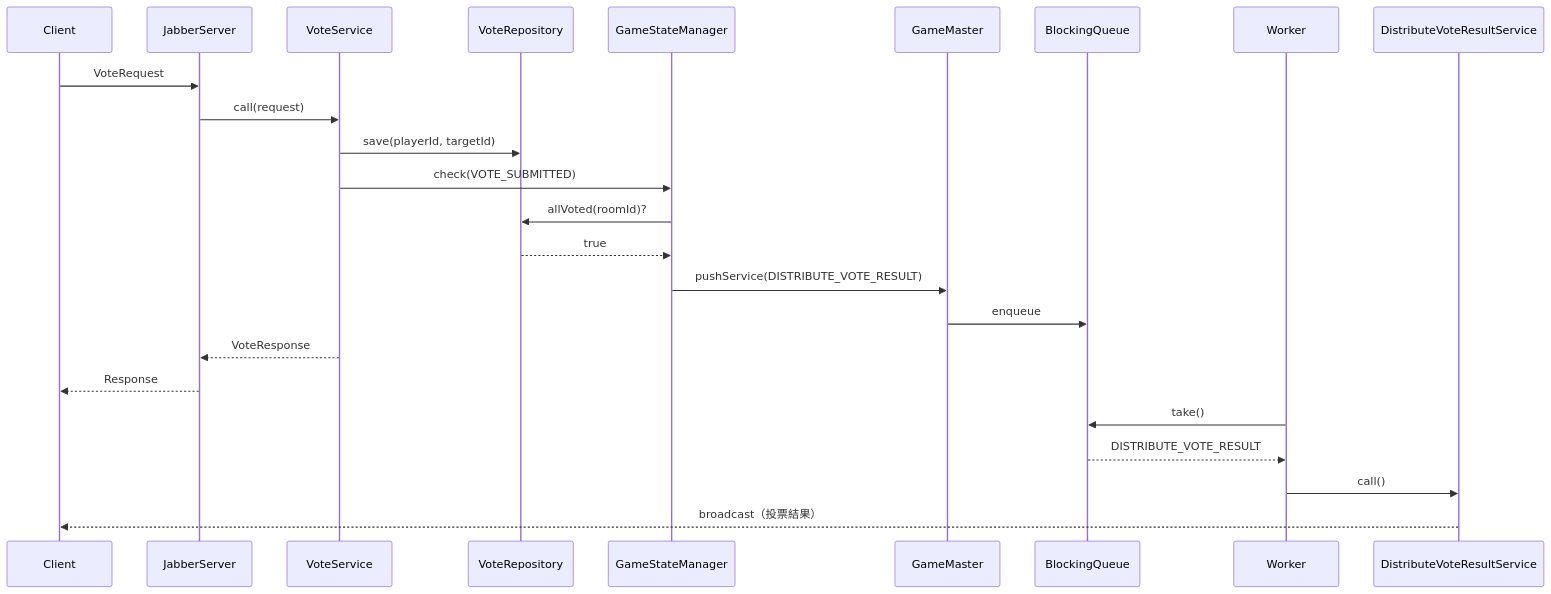
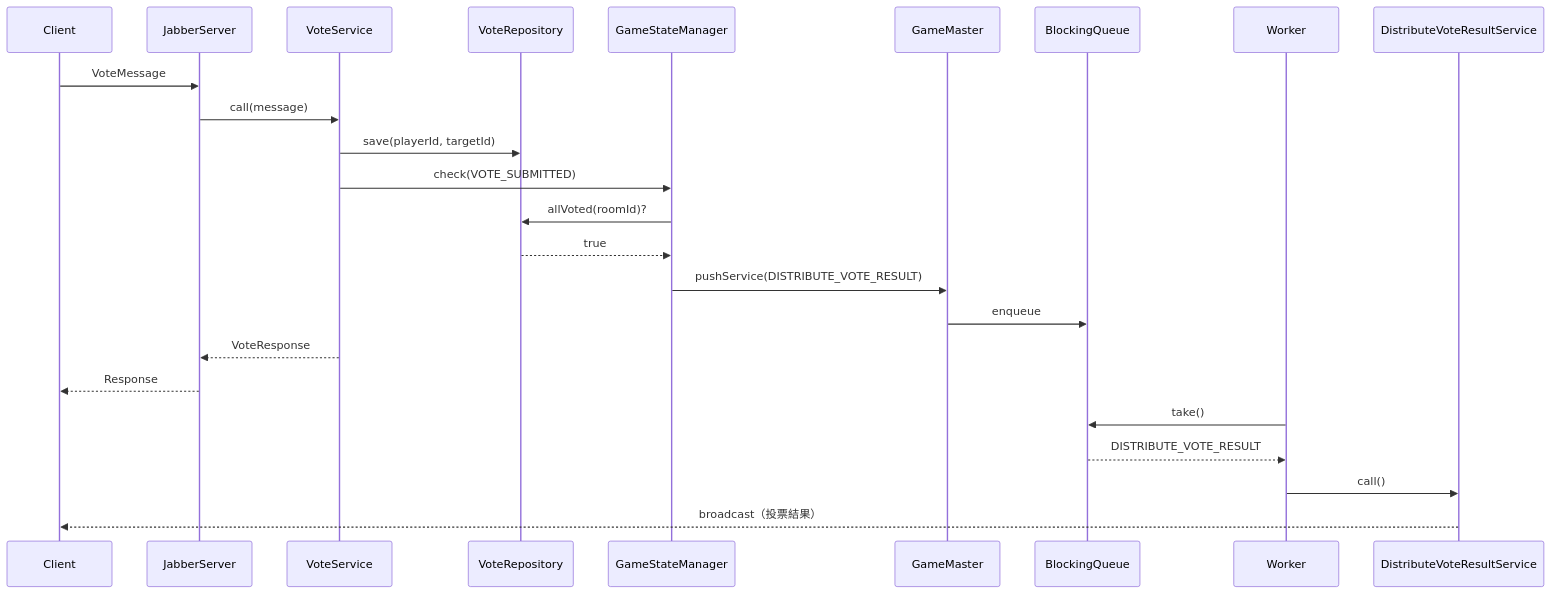
One commit to doguto/waseda-soft-exp changed the second of 4 diagrams in docs/architecture.md. Above: the diagram before and after it, drawn with Mermaid. The commit also changed other lines of this file, not shown here.

````diff
--- a/docs/architecture.md
+++ b/docs/architecture.md
@@ -104,28 +104,28 @@
 ```mermaid
 sequenceDiagram
     participant C  as Client
     participant J  as JabberServer
     participant VS as VoteService
     participant VR as VoteRepository
     participant GSM as GameStateManager
     participant GM as GameMaster
     participant Q  as BlockingQueue
     participant W  as Worker
     participant DS as DistributeVoteResultService
 
-    C->>J: VoteRequest
-    J->>VS: call(request)
+    C->>J: VoteMessage
+    J->>VS: call(message)
     VS->>VR: save(playerId, targetId)
     VS->>GSM: check(VOTE_SUBMITTED)
     GSM->>VR: allVoted(roomId)?
     VR-->>GSM: true
     GSM->>GM: pushService(DISTRIBUTE_VOTE_RESULT)
     GM->>Q: enqueue
     VS-->>J: VoteResponse
     J-->>C: Response
 
     W->>Q: take()
     Q-->>W: DISTRIBUTE_VOTE_RESULT
     W->>DS: call()
     DS-->>C: broadcast（投票結果）
 ```
````
